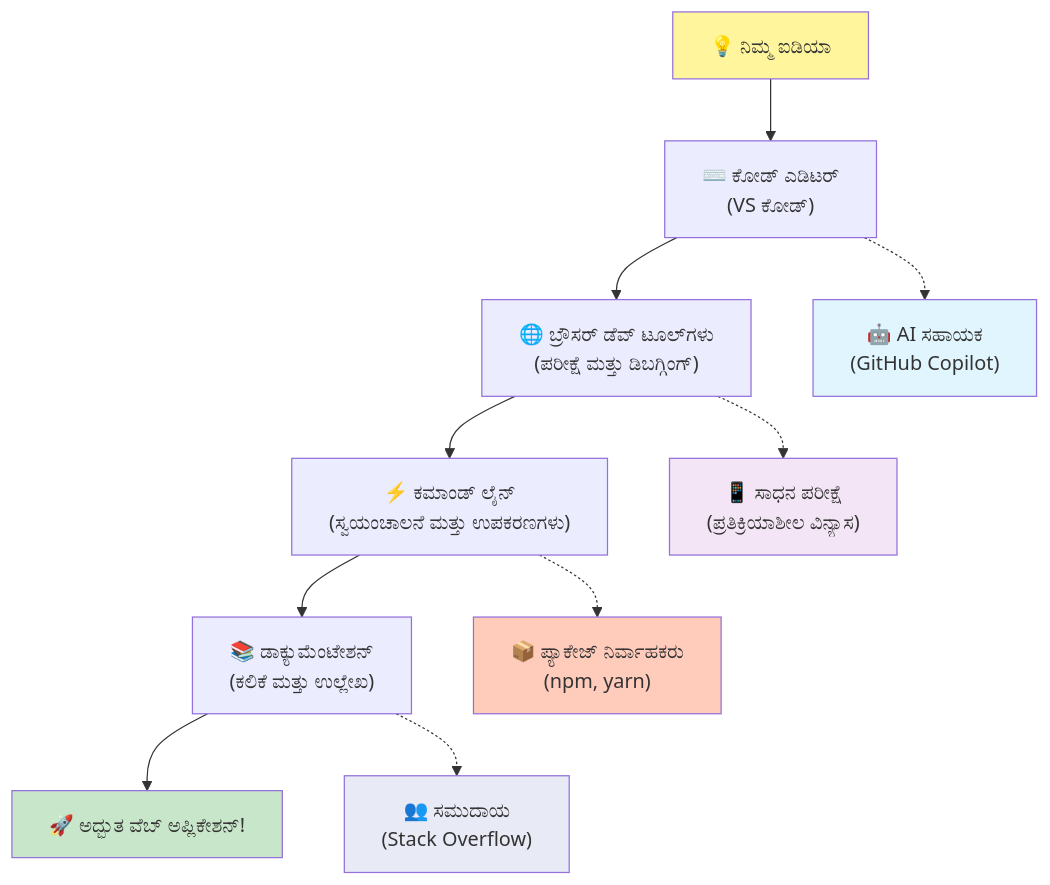
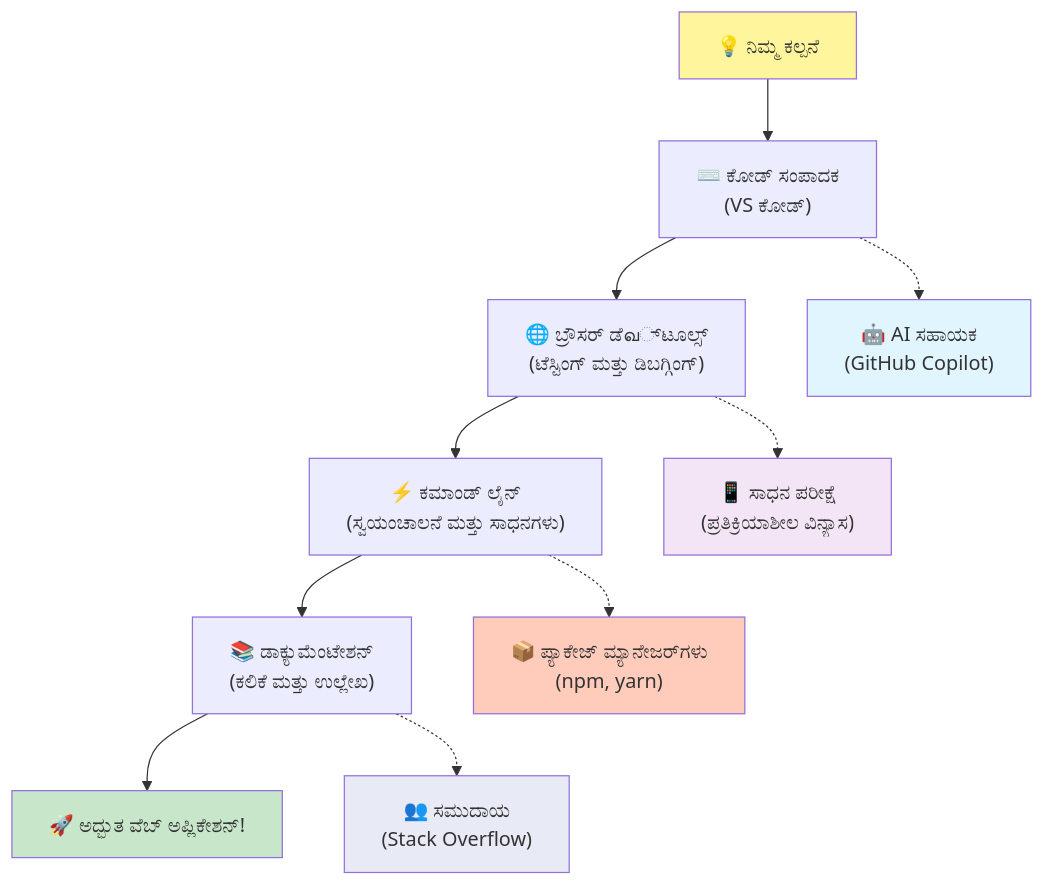
One commit to microsoft/Web-Dev-For-Beginners changed the fifth of 7 diagrams in translations/kn/1-getting-started-lessons/1-intro-to-programming-languages/README.md. Above: the diagram before and after it, drawn with Mermaid. The commit also changed other lines of this file and 8 other files, not shown here.

````diff
--- a/translations/kn/1-getting-started-lessons/1-intro-to-programming-languages/README.md
+++ b/translations/kn/1-getting-started-lessons/1-intro-to-programming-languages/README.md
@@ -487,20 +487,20 @@
 ```mermaid
 graph TD
-    A["💡 ನಿಮ್ಮ ಐಡಿಯಾ"] --> B["⌨️ ಕೋಡ್ ಎಡಿಟರ್<br/>(VS ಕೋಡ್)"] 
-    B --> C["🌐 ಬ್ರೌಸರ್ ಡೆವ್ ಟೂಲ್‌ಗಳು<br/>(ಪರೀಕ್ಷೆ ಮತ್ತು ಡಿಬಗ್ಗಿಂಗ್)"]
-    C --> D["⚡ ಕಮಾಂಡ್ ಲೈನ್<br/>(ಸ್ವಯಂಚಾಲನೆ ಮತ್ತು ಉಪಕರಣಗಳು)"]
+    A["💡 ನಿಮ್ಮ ಕಲ್ಪನೆ"] --> B["⌨️ ಕೋಡ್ ಸಂಪಾದಕ<br/>(VS ಕೋಡ್)"] 
+    B --> C["🌐 ಬ್ರೌಸರ್ ಡೆவ್‌ಟೂಲ್ಸ್<br/>(ಟೆಸ್ಟಿಂಗ್ ಮತ್ತು ಡಿಬಗ್ಗಿಂಗ್)"]
+    C --> D["⚡ ಕಮಾಂಡ್ ಲೈನ್<br/>(ಸ್ವಯಂಚಾಲನೆ ಮತ್ತು ಸಾಧನಗಳು)"]
     D --> E["📚 ಡಾಕ್ಯುಮೆಂಟೇಶನ್<br/>(ಕಲಿಕೆ ಮತ್ತು ಉಲ್ಲೇಖ)"]
     E --> F["🚀 ಅದ್ಭುತ ವೆಬ್ ಅಪ್ಲಿಕೇಶನ್!"]
     
     B -.-> G["🤖 AI ಸಹಾಯಕ<br/>(GitHub Copilot)"]
     C -.-> H["📱 ಸಾಧನ ಪರೀಕ್ಷೆ<br/>(ಪ್ರತಿಕ್ರಿಯಾಶೀಲ ವಿನ್ಯಾಸ)"]
-    D -.-> I["📦 ಪ್ಯಾಕೇಜ್ ನಿರ್ವಾಹಕರು<br/>(npm, yarn)"]
+    D -.-> I["📦 ಪ್ಯಾಕೇಜ್ ಮ್ಯಾನೇಜರ್‌ಗಳು<br/>(npm, yarn)"]
     E -.-> J["👥 ಸಮುದಾಯ<br/>(Stack Overflow)"]
     
     style A fill:#fff59d
     style F fill:#c8e6c9
     style G fill:#e1f5fe
     style H fill:#f3e5f5
     style I fill:#ffccbc
     style J fill:#e8eaf6
 ```  
````
